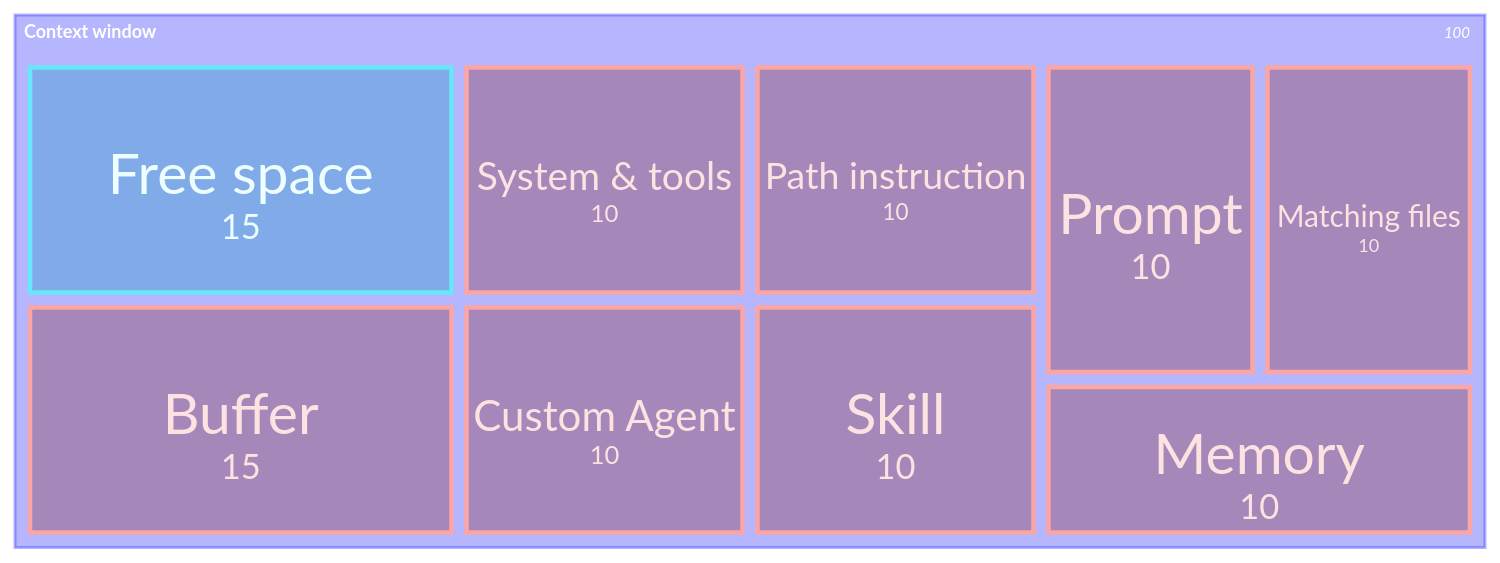
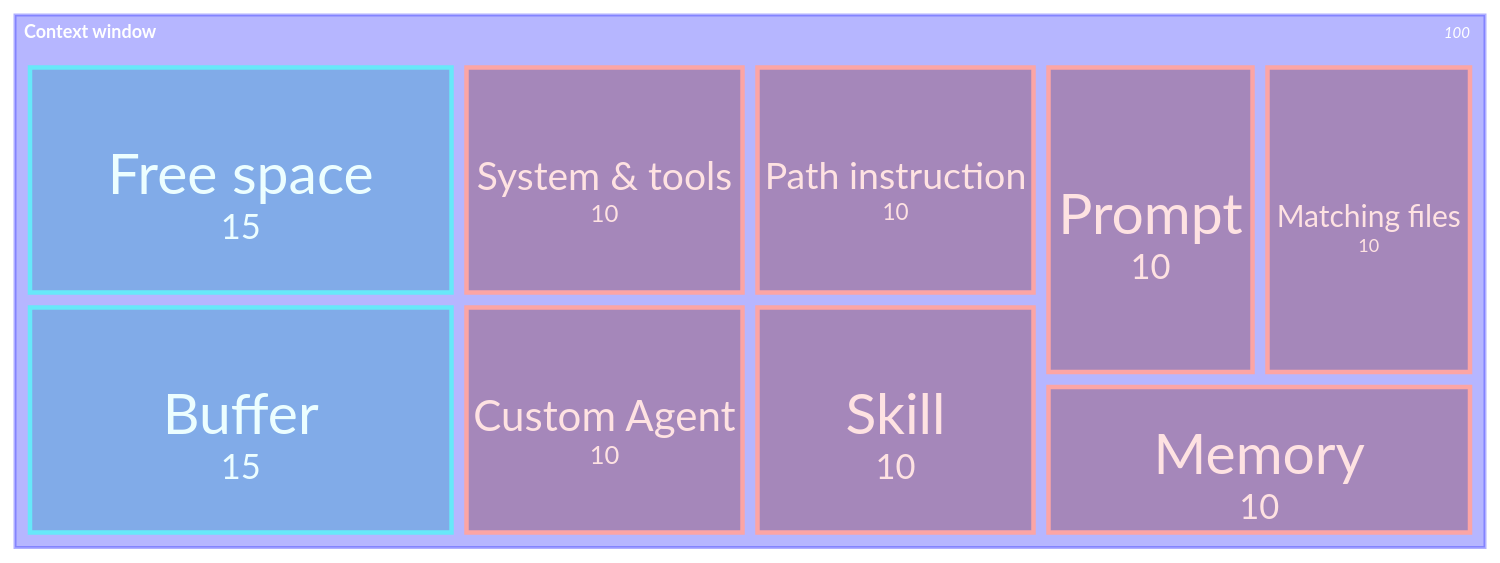
One commit to theomonfort/theomonfort changed the fourth of 5 diagrams in src/content/glossary/context-engineering.md. Above: the diagram before and after it, drawn with Mermaid. The commit also changed other lines of this file, not shown here.

````diff
--- a/src/content/glossary/context-engineering.md
+++ b/src/content/glossary/context-engineering.md
@@ -90,15 +90,15 @@
 ```mermaid
 treemap-beta
 "Context window"
   "System & tools": 10:::used
   "Custom Agent": 10:::used
   "Path instruction": 10:::used
   "Skill": 10:::used
   "Prompt": 10:::used
   "Matching files": 10:::used
   "Memory": 10:::used
   "Free space": 15:::free
-  "Buffer": 15:::used
+  "Buffer": 15:::free
 classDef used fill:#7f1d1d,stroke:#fca5a5,color:#fee2e2
 classDef free fill:#0891b2,stroke:#67e8f9,color:#ecfeff
 ```
````
